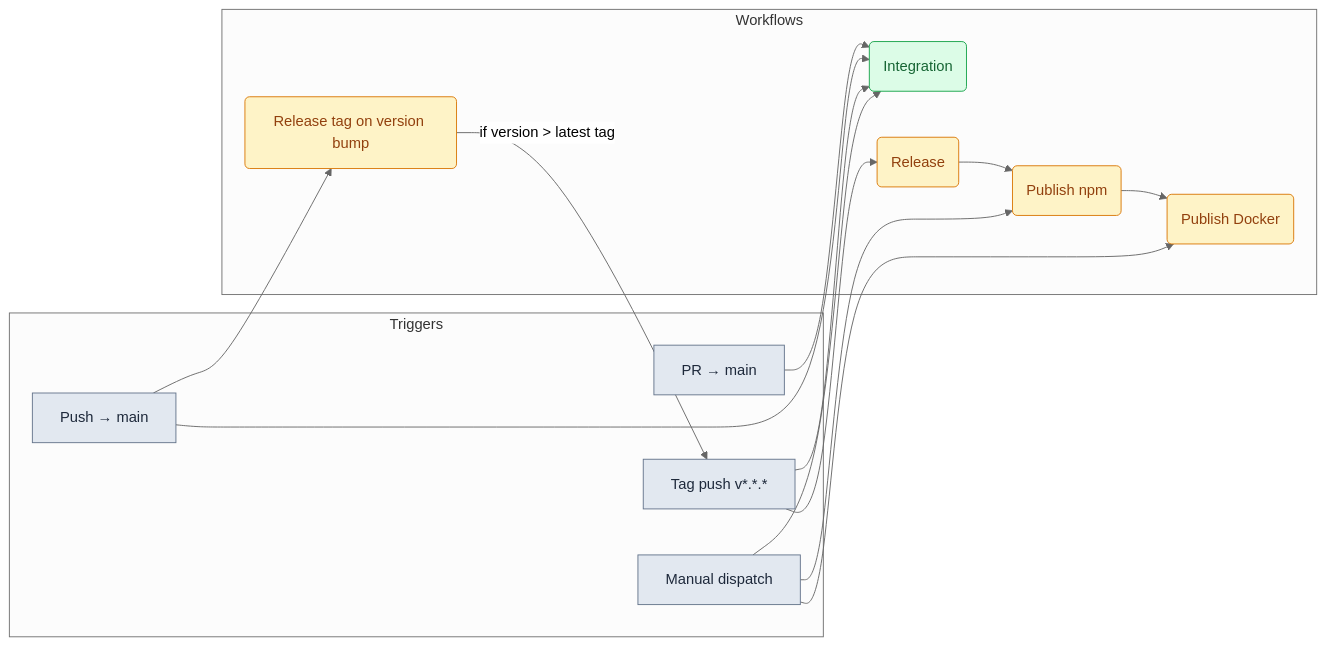
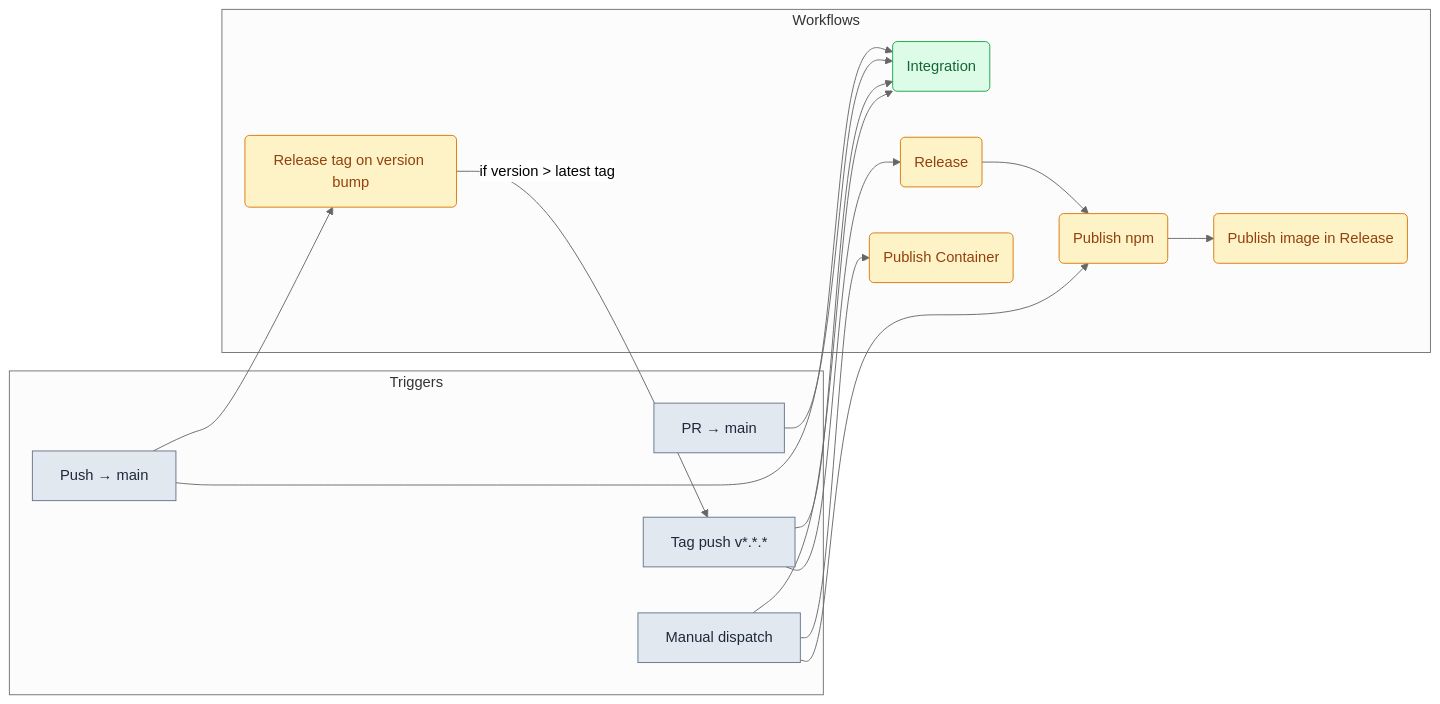
Before and after one commit to debian777/kairos-mcp: the first of 3 diagrams in .github/workflows/README.md, drawn with Mermaid (neutral theme). The commit also changed other lines of this file and 5 other files, not shown here.

First line of the commit message:
feat(ci): publish container to Quay and rename workflow to publish-container (#34)

````diff
--- a/.github/workflows/README.md
+++ b/.github/workflows/README.md
@@ -5,36 +5,37 @@
 ```mermaid
 flowchart LR
   subgraph triggers["Triggers"]
     PR[PR → main]
     PUSH[Push → main]
     TAG[Tag push v*.*.*]
     MANUAL[Manual dispatch]
   end
 
   subgraph workflows["Workflows"]
     INT(Integration)
     RTAG(Release tag on version bump)
     REL(Release)
     PNPM(Publish npm)
-    PDOCK(Publish Docker)
+    PIMG(Publish image in Release)
+    PCONT(Publish Container)
   end
 
   PR --> INT
   PUSH --> INT
   PUSH --> RTAG
   TAG --> INT
   TAG --> REL
   RTAG -->|"if version > latest tag"| TAG
   REL --> PNPM
-  PNPM --> PDOCK
+  PNPM --> PIMG
   MANUAL --> INT
   MANUAL --> PNPM
-  MANUAL --> PDOCK
+  MANUAL --> PCONT
 
   classDef trigger fill:#e2e8f0,stroke:#64748b,color:#1e293b
   classDef integration fill:#dcfce7,stroke:#16a34a,color:#166534
   classDef release fill:#fef3c7,stroke:#d97706,color:#92400e
   class PR,PUSH,TAG,MANUAL trigger
   class INT integration
-  class RTAG,REL,PNPM,PDOCK release
+  class RTAG,REL,PNPM,PIMG,PCONT release
 ```
````
